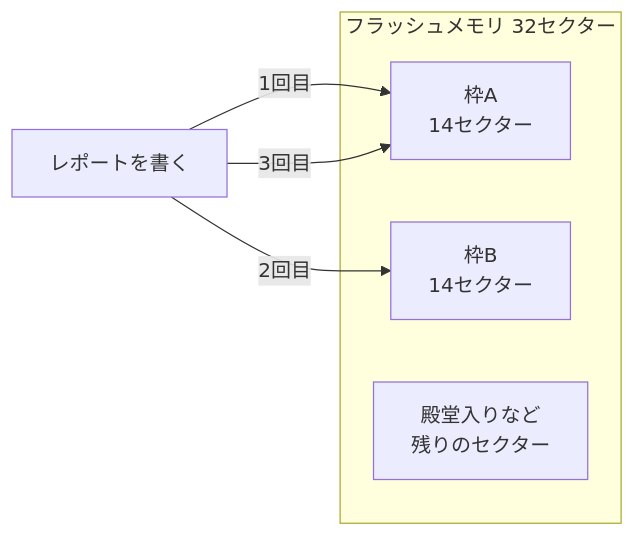
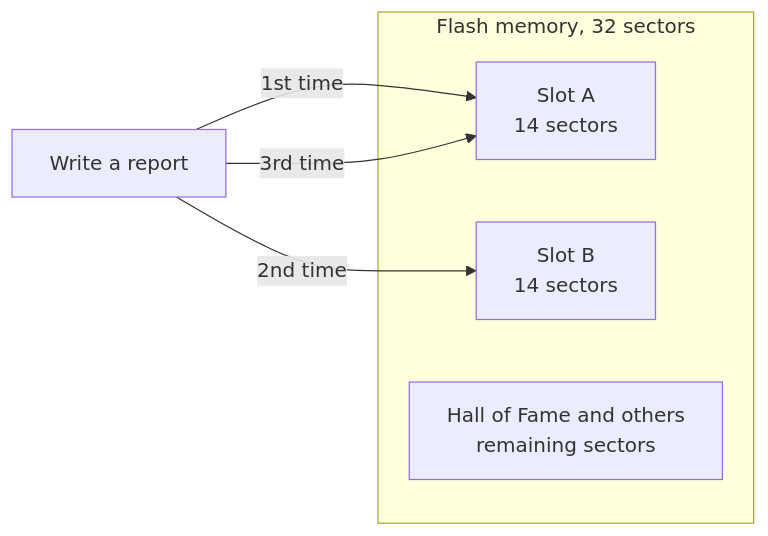
The second of 2 diagrams in articles/17-save-data.md (kiwamizamurai/gaming), drawn with Mermaid before and after one commit. The commit also changed other lines of this file and 46 other files, not shown here.

````diff
--- a/articles/17-save-data.md
+++ b/articles/17-save-data.md
@@ -150,11 +152,11 @@
 ```mermaid
 flowchart LR
-    subgraph FLASH[フラッシュメモリ 32セクター]
-        A[枠A<br>14セクター]
-        B[枠B<br>14セクター]
-        O[殿堂入りなど<br>残りのセクター]
+    subgraph FLASH[Flash memory, 32 sectors]
+        A[Slot A<br>14 sectors]
+        B[Slot B<br>14 sectors]
+        O[Hall of Fame and others<br>remaining sectors]
     end
-    R[レポートを書く] -->|1回目| A
-    R -->|2回目| B
-    R -->|3回目| A
+    R[Write a report] -->|1st time| A
+    R -->|2nd time| B
+    R -->|3rd time| A
 ```
````
